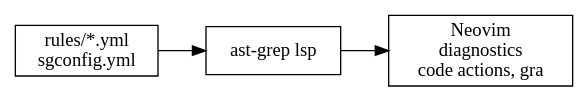
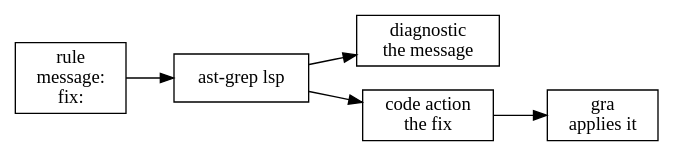
Before and after one commit to Piotr1215/youtube: the diagram in nvim-luasnip-ai-alternative/diagrams/editor-lsp.dot, drawn with Graphviz. The commit also changed 21 other files, not shown here.

First line of the commit message:
feat(nvim-luasnip-ai-alternative): close the loop from rule to model to fix

```diff
--- a/nvim-luasnip-ai-alternative/diagrams/editor-lsp.dot
+++ b/nvim-luasnip-ai-alternative/diagrams/editor-lsp.dot
@@ -1,10 +1,14 @@
 digraph editor_lsp {
   rankdir=LR;
   node [shape=box];
 
-  rules [label="rules/*.yml\nsgconfig.yml"];
+  rule [label="rule\nmessage:\nfix:"];
   lsp [label="ast-grep lsp"];
-  nvim [label="Neovim\ndiagnostics\ncode actions, gra"];
+  diag [label="diagnostic\nthe message"];
+  action [label="code action\nthe fix"];
+  gra [label="gra\napplies it"];
 
-  rules -> lsp -> nvim;
+  rule -> lsp;
+  lsp -> diag;
+  lsp -> action -> gra;
 }
```
